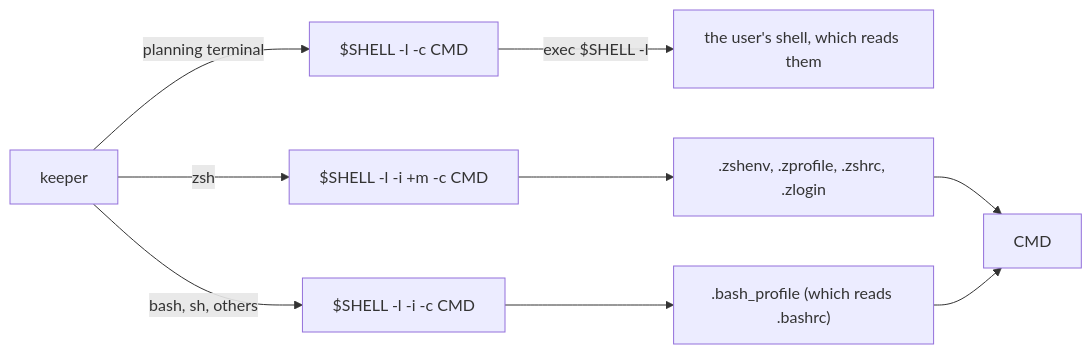
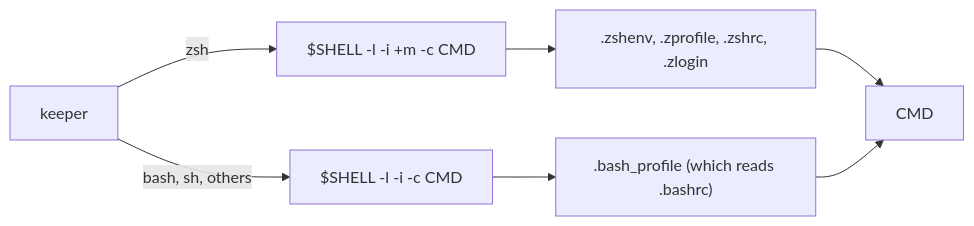
Before and after one commit to jemdiggity/kanna-v4: the diagram in docs/specs/command-shell.md, drawn with Mermaid. The commit also changed other lines of this file and 7 other files, not shown here.

Commit message:
A planning terminal's command reads your rc files like any command's, so the planner script finds the agents your shell does (nvm's codex); the hands_over mark is gone from the daemon and layout (the keeper still takes rc: false from an older daemon)

````diff
--- a/docs/specs/command-shell.md
+++ b/docs/specs/command-shell.md
@@ -16,11 +16,9 @@
 ```mermaid
 flowchart LR
     K[keeper] -->|zsh| Z["$SHELL -l -i +m -c CMD"]
     K -->|bash, sh, others| B["$SHELL -l -i -c CMD"]
-    K -->|planning terminal| H["$SHELL -l -c CMD"]
-    H -->|"exec $SHELL -l"| R[the user's shell, which reads them]
     Z --> P[".zshenv, .zprofile, .zshrc, .zlogin"]
     B --> Q[".bash_profile (which reads .bashrc)"]
     P --> C[CMD]
     Q --> C
 ```
````
